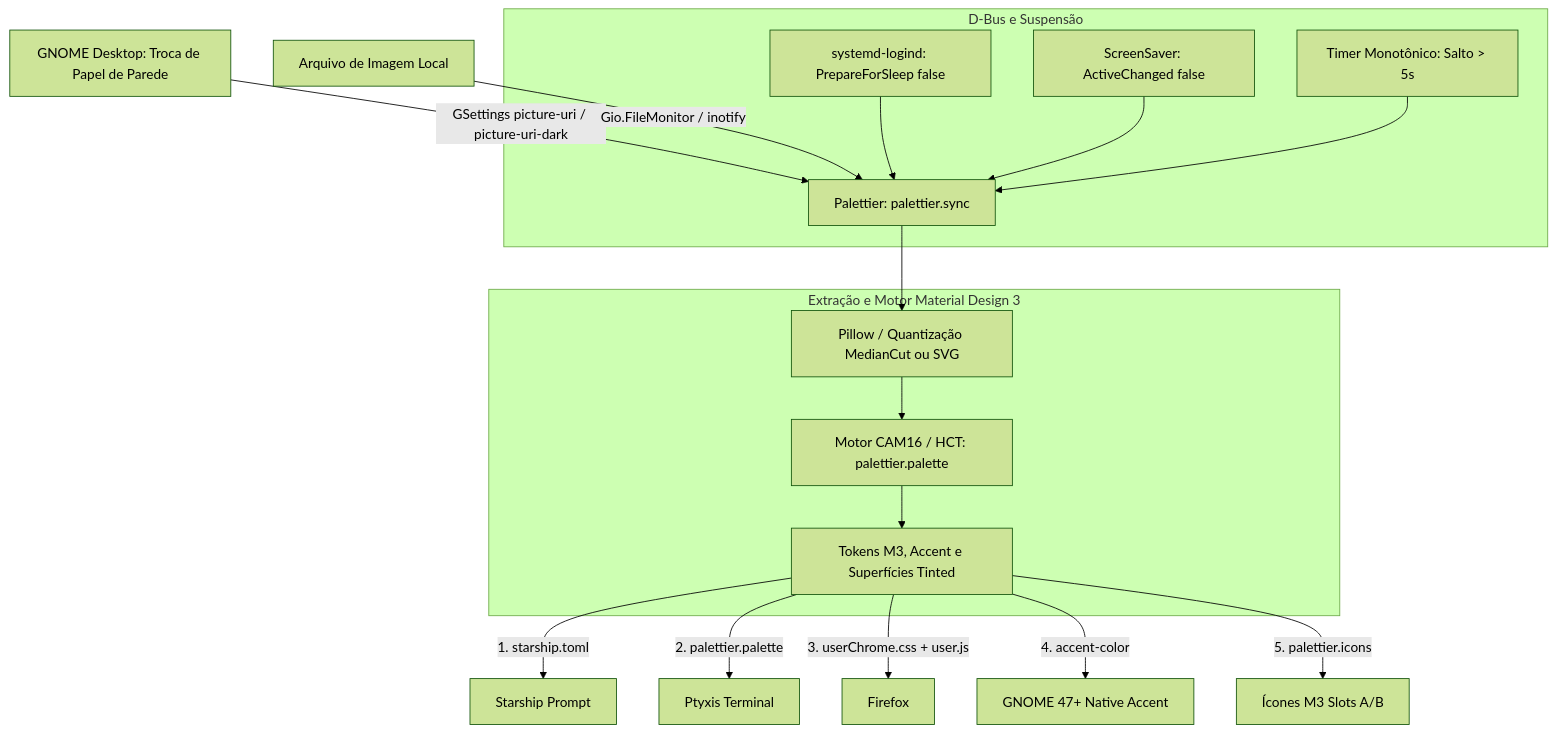
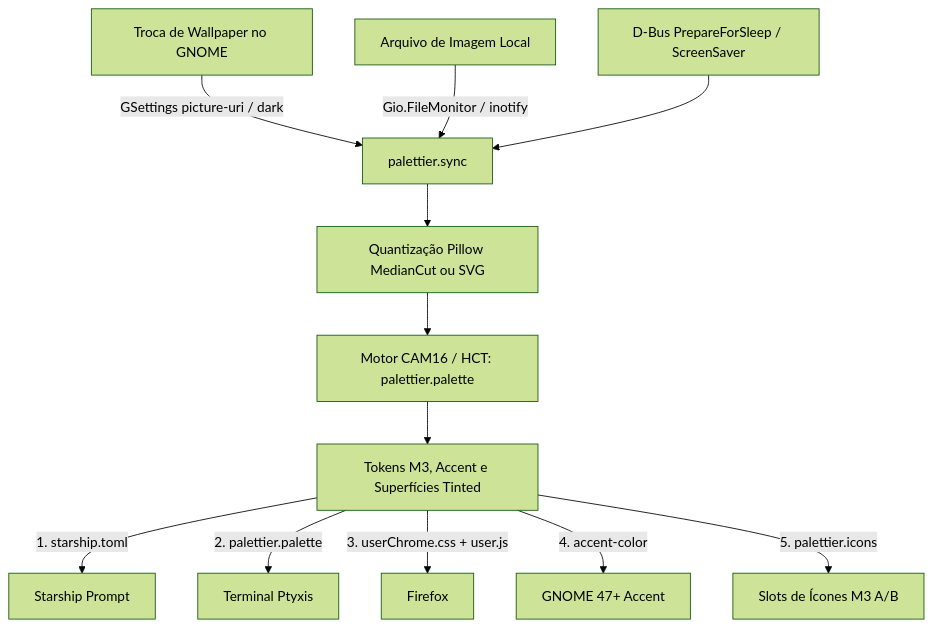
Before and after one commit to PedroMachado1/Palettier: the diagram in README.pt-BR.md, drawn with Mermaid (forest theme). The commit also changed other lines of this file and 6 other files, not shown here.

````diff
--- a/README.pt-BR.md
+++ b/README.pt-BR.md
@@ -32,23 +30,16 @@
 ```mermaid
 flowchart TD
-    A[GNOME Desktop: Troca de Papel de Parede] -->|GSettings picture-uri / picture-uri-dark| D[Palettier: palettier.sync]
+    A[Troca de Wallpaper no GNOME] -->|GSettings picture-uri / dark| D[palettier.sync]
     A2[Arquivo de Imagem Local] -->|Gio.FileMonitor / inotify| D
+    S1[D-Bus PrepareForSleep / ScreenSaver] --> D
 
-    subgraph D-Bus e Suspensão
-        S1[systemd-logind: PrepareForSleep false] --> D
-        S2[ScreenSaver: ActiveChanged false] --> D
-        S3[Timer Monotônico: Salto > 5s] --> D
-    end
-
-    subgraph Extração e Motor Material Design 3
-        D --> E1[Pillow / Quantização MedianCut ou SVG]
-        E1 --> E2[Motor CAM16 / HCT: palettier.palette]
-        E2 --> E3[Tokens M3, Accent e Superfícies Tinted]
-    end
+    D --> E1[Quantização Pillow MedianCut ou SVG]
+    E1 --> E2[Motor CAM16 / HCT: palettier.palette]
+    E2 --> E3[Tokens M3, Accent e Superfícies Tinted]
 
     E3 -->|1. starship.toml| F1[Starship Prompt]
-    E3 -->|2. palettier.palette| F2[Ptyxis Terminal]
+    E3 -->|2. palettier.palette| F2[Terminal Ptyxis]
     E3 -->|3. userChrome.css + user.js| F3[Firefox]
-    E3 -->|4. accent-color| F4[GNOME 47+ Native Accent]
-    E3 -->|5. palettier.icons| F5[Ícones M3 Slots A/B]
+    E3 -->|4. accent-color| F4[GNOME 47+ Accent]
+    E3 -->|5. palettier.icons| F5[Slots de Ícones M3 A/B]
 ```
````
